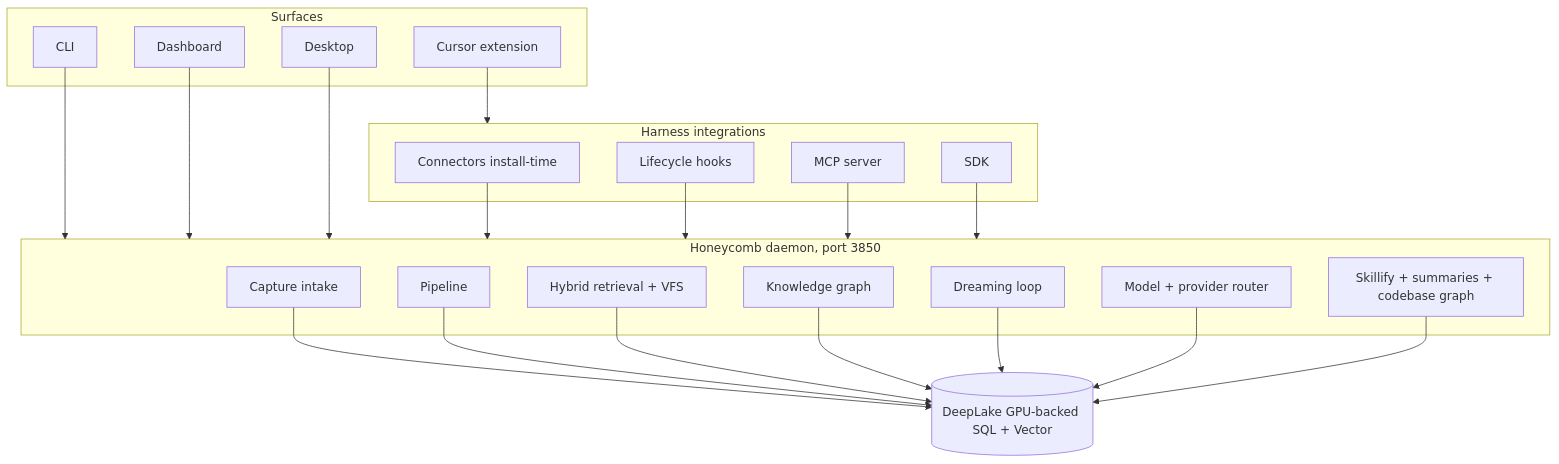
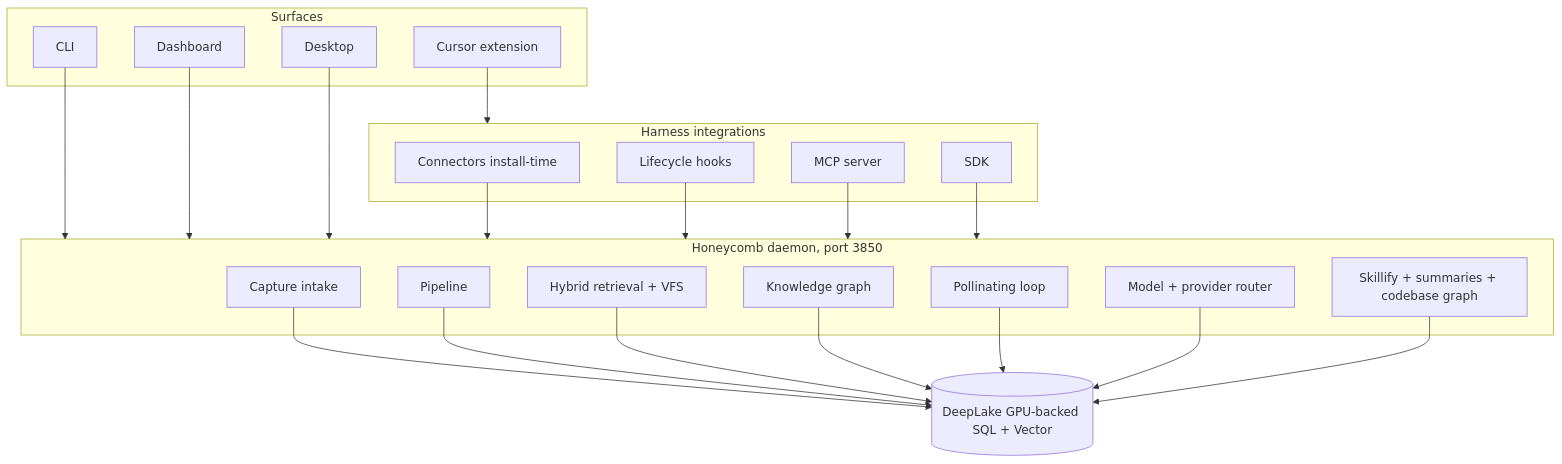
The diagram in library/knowledge/private/architecture/system-overview.md (legioncodeinc/honeycomb), drawn with Mermaid before and after one commit. The commit also changed other lines of this file and 256 other files, not shown here.

````diff
--- a/library/knowledge/private/architecture/system-overview.md
+++ b/library/knowledge/private/architecture/system-overview.md
@@ -25,41 +25,41 @@
 ```mermaid
 flowchart TB
     subgraph surfaces[Surfaces]
         cli[CLI]
         dash[Dashboard]
         cursorExt[Cursor extension]
         desktop[Desktop]
     end
     subgraph integrations[Harness integrations]
         connectors[Connectors install-time]
         hooks[Lifecycle hooks]
         mcp[MCP server]
         sdk[SDK]
     end
     subgraph runtime[Honeycomb daemon, port 3850]
         capture[Capture intake]
         pipeline[Pipeline]
         retrieval[Hybrid retrieval + VFS]
         ontology[Knowledge graph]
-        dreaming[Dreaming loop]
+        pollinating[Pollinating loop]
         router[Model + provider router]
         workers[Skillify + summaries + codebase graph]
     end
     store[(DeepLake GPU-backed SQL + Vector)]
 
     cli --> runtime
     dash --> runtime
     cursorExt --> integrations
     desktop --> runtime
     connectors --> runtime
     hooks --> runtime
     mcp --> runtime
     sdk --> runtime
     capture --> store
     pipeline --> store
     retrieval --> store
     ontology --> store
-    dreaming --> store
+    pollinating --> store
     router --> store
     workers --> store
 ```
````
